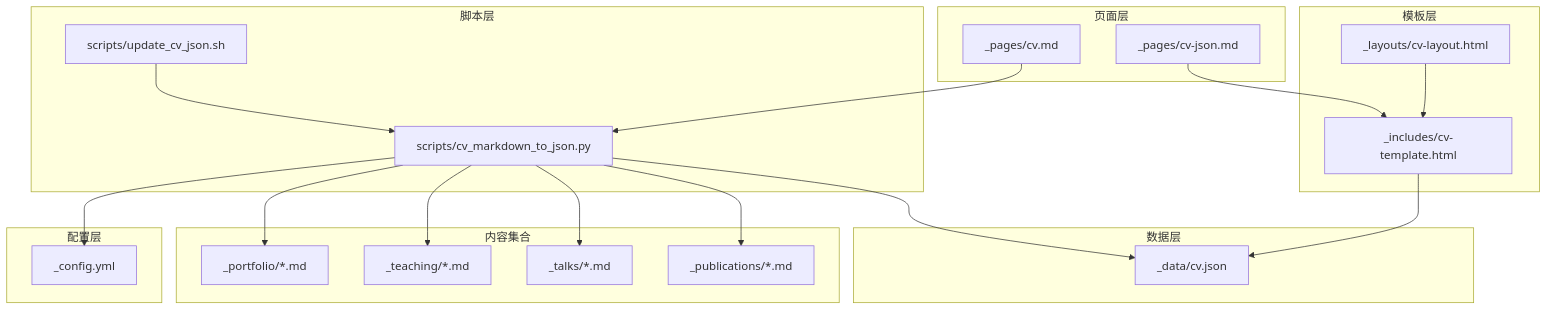
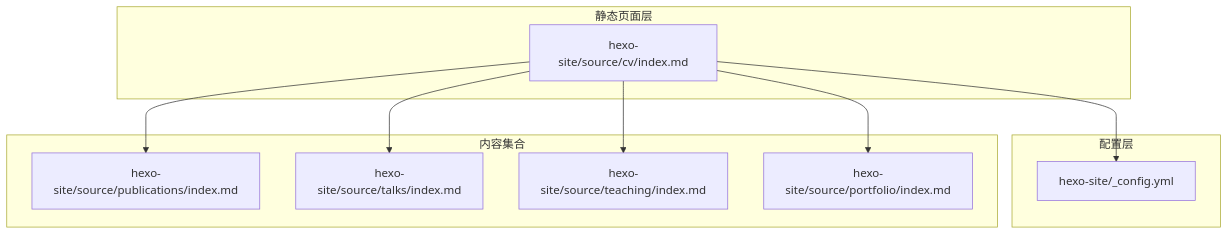
The first of 3 diagrams in .qoder/repowiki/zh/content/学术功能模块/简历生成功能.md (CoolPig0720/CoolPig0720.github.io), drawn with Mermaid before and after one commit. The commit also changed other lines of this file and 36 other files, not shown here.

````diff
--- a/.qoder/repowiki/zh/content/学术功能模块/简历生成功能.md
+++ b/.qoder/repowiki/zh/content/学术功能模块/简历生成功能.md
@@ -49,38 +50,20 @@
 ```mermaid
 graph TB
-subgraph "数据层"
-D1["_data/cv.json"]
-end
-subgraph "页面层"
-P1["_pages/cv.md"]
-P2["_pages/cv-json.md"]
-end
-subgraph "模板层"
-T1["_includes/cv-template.html"]
-T2["_layouts/cv-layout.html"]
-end
-subgraph "脚本层"
-S1["scripts/cv_markdown_to_json.py"]
-S2["scripts/update_cv_json.sh"]
+subgraph "静态页面层"
+P1["hexo-site/source/cv/index.md"]
 end
 subgraph "配置层"
-C1["_config.yml"]
+C1["hexo-site/_config.yml"]
 end
 subgraph "内容集合"
-U1["_publications/*.md"]
-U2["_talks/*.md"]
-U3["_teaching/*.md"]
-U4["_portfolio/*.md"]
+U1["hexo-site/source/publications/index.md"]
+U2["hexo-site/source/talks/index.md"]
+U3["hexo-site/source/teaching/index.md"]
+U4["hexo-site/source/portfolio/index.md"]
 end
-P1 --> S1
-S1 --> D1
-S2 --> S1
-P2 --> T1
-T1 --> D1
-T2 --> T1
-S1 --> U1
-S1 --> U2
-S1 --> U3
-S1 --> U4
-S1 --> C1
+P1 --> C1
+P1 --> U1
+P1 --> U2
+P1 --> U3
+P1 --> U4
 ```
````
